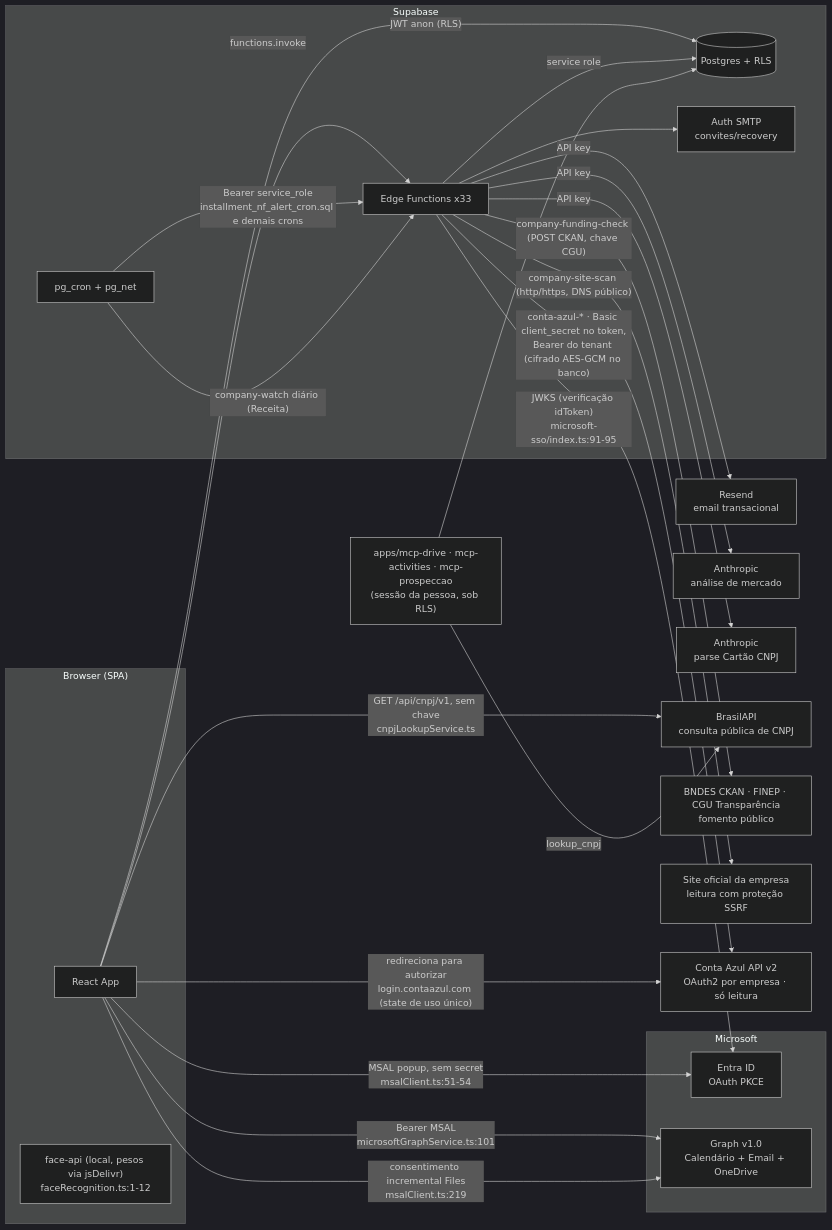
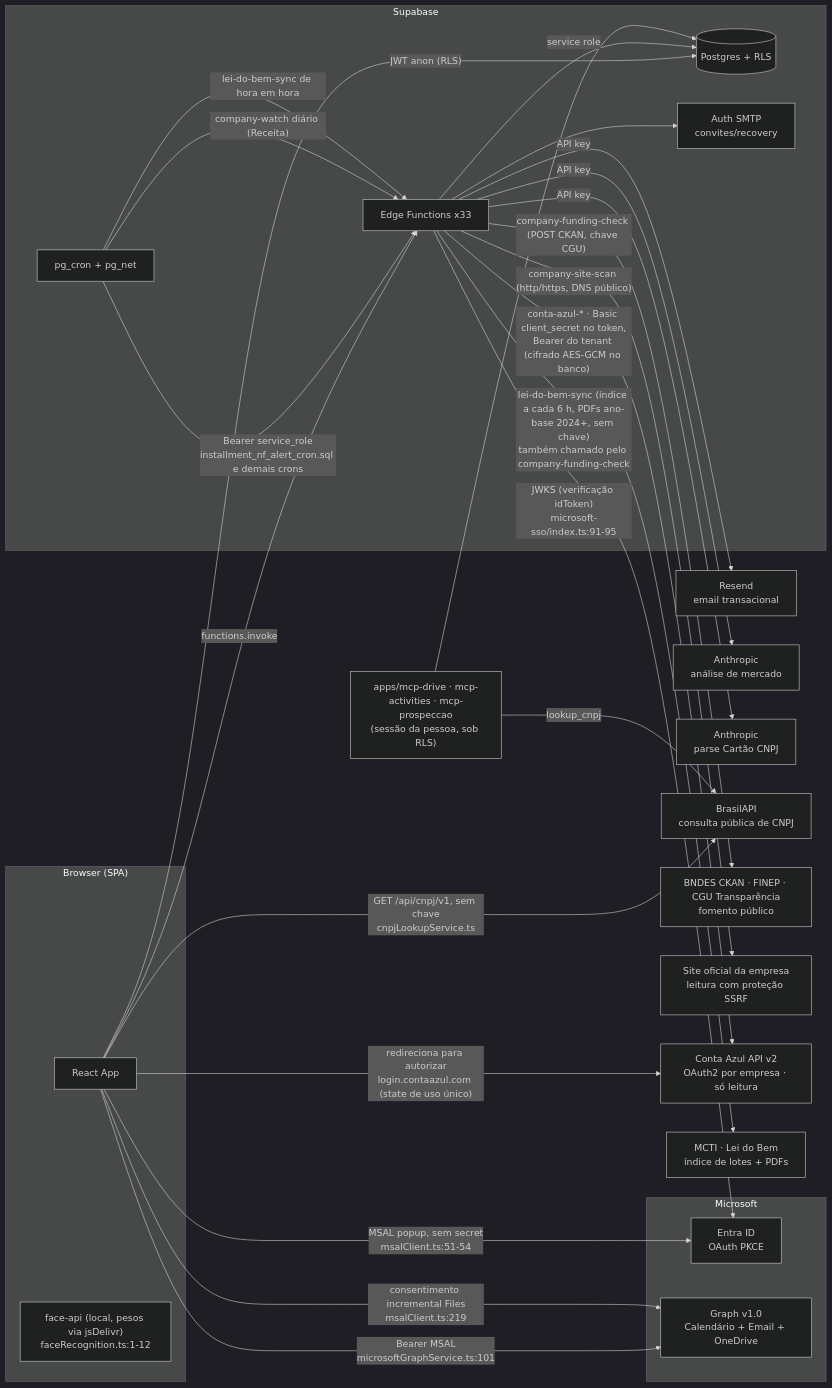
One commit to Origami-Lab-Organization/og-pulse changed the diagram in .harness/docs/architecture/integrations.md. Above: the diagram before and after it, drawn with Mermaid (dark theme). The commit also changed other lines of this file and 11 other files, not shown here.

Commit message:
consulta lei do bem

````diff
--- a/.harness/docs/architecture/integrations.md
+++ b/.harness/docs/architecture/integrations.md
@@ -39,48 +42,51 @@
 ```mermaid
 flowchart LR
     subgraph Browser["Browser (SPA)"]
         SPA[React App]
         FACE["face-api (local, pesos via jsDelivr)<br/>faceRecognition.ts:1-12"]
     end
 
     subgraph Supabase
         REST[(Postgres + RLS)]
         EF[Edge Functions x33]
         CRON[pg_cron + pg_net]
         SMTP[Auth SMTP<br/>convites/recovery]
     end
 
     subgraph Microsoft
         ENTRA[Entra ID<br/>OAuth PKCE]
         GRAPH[Graph v1.0<br/>Calendário + Email + OneDrive]
     end
 
     EXT1[Resend<br/>email transacional]
     EXT2[Anthropic<br/>análise de mercado]
     EXT3[Anthropic<br/>parse Cartão CNPJ]
     EXT4[BrasilAPI<br/>consulta pública de CNPJ]
     EXT5[BNDES CKAN · FINEP · CGU Transparência<br/>fomento público]
     EXT6[Site oficial da empresa<br/>leitura com proteção SSRF]
     EXT7[Conta Azul API v2<br/>OAuth2 por empresa · só leitura]
+    EXT8[MCTI · Lei do Bem<br/>índice de lotes + PDFs]
 
     SPA -->|"JWT anon (RLS)"| REST
     SPA -->|functions.invoke| EF
     SPA -->|"MSAL popup, sem secret<br/>msalClient.ts:51-54"| ENTRA
     SPA -->|"Bearer MSAL<br/>microsoftGraphService.ts:101"| GRAPH
     SPA -->|"consentimento incremental Files<br/>msalClient.ts:219"| GRAPH
     CRON -->|"Bearer service_role<br/>installment_nf_alert_cron.sql e demais crons"| EF
     EF -->|service role| REST
     EF -->|"JWKS (verificação idToken)<br/>microsoft-sso/index.ts:91-95"| ENTRA
     EF -->|API key| EXT1
     EF -->|API key| EXT2
     EF -->|API key| EXT3
     EF --> SMTP
     EF -->|"company-funding-check (POST CKAN, chave CGU)"| EXT5
     EF -->|"company-site-scan (http/https, DNS público)"| EXT6
     SPA -->|"redireciona para autorizar<br/>login.contaazul.com (state de uso único)"| EXT7
     EF -->|"conta-azul-* · Basic client_secret no token,<br/>Bearer do tenant (cifrado AES-GCM no banco)"| EXT7
     CRON -->|"company-watch diário (Receita)"| EF
+    CRON -->|"lei-do-bem-sync de hora em hora"| EF
+    EF -->|"lei-do-bem-sync (índice a cada 6 h, PDFs ano-base 2024+, sem chave)<br/>também chamado pelo company-funding-check"| EXT8
     SPA -->|"GET /api/cnpj/v1, sem chave<br/>cnpjLookupService.ts"| EXT4
     MCP["apps/mcp-drive · mcp-activities · mcp-prospeccao<br/>(sessão da pessoa, sob RLS)"] --> REST
     MCP -->|"lookup_cnpj"| EXT4
 ```
````
